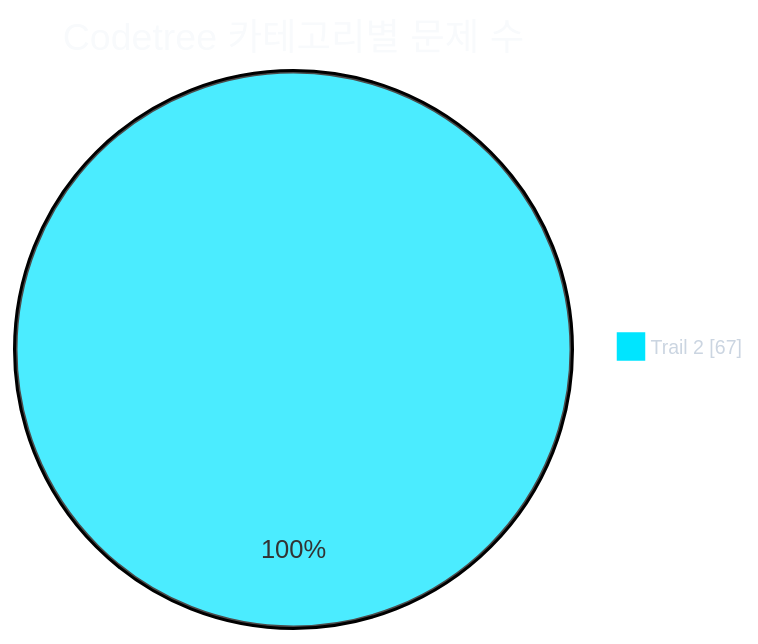
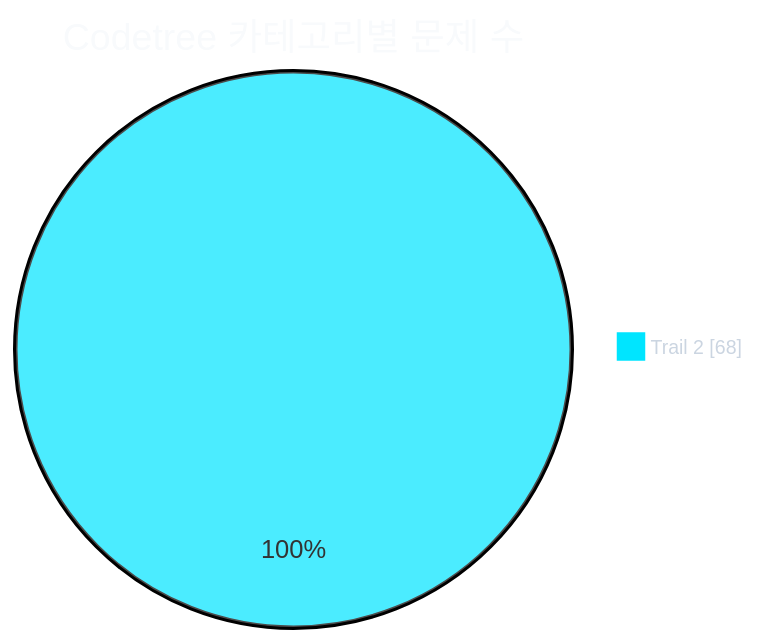
The first of 2 diagrams in readme.md (CHOOSLA/Algorithm), drawn with Mermaid before and after one commit. The commit also changed other lines of this file and 2 other files, not shown here.

````diff
--- a/readme.md
+++ b/readme.md
@@ -31,21 +31,21 @@
 ```mermaid
 ---
 config:
   theme: base
   themeVariables:
     background: '#0d1117'
     pieTitleTextColor: '#f8fafc'
     pieLegendTextColor: '#cbd5e1'
     pieLegendTextSize: '13px'
     pie1: '#00e5ff'
     pie2: '#22c55e'
     pie3: '#f59e0b'
     pie4: '#a855f7'
     pie5: '#ec4899'
     pie6: '#3b82f6'
     pie7: '#64748b'
 ---
 pie showData
   title Codetree 카테고리별 문제 수
-  "Trail 2" : 67
+  "Trail 2" : 68
 ```
````
